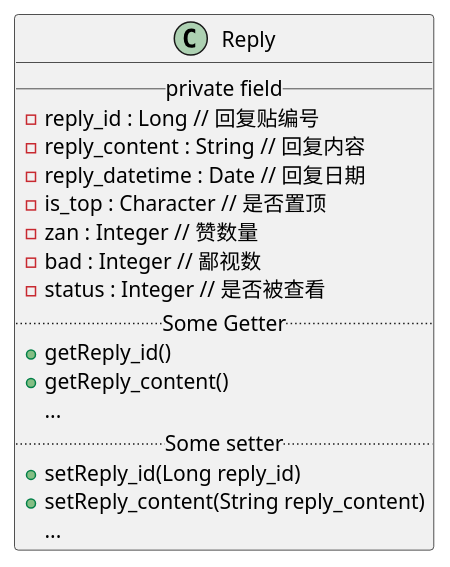
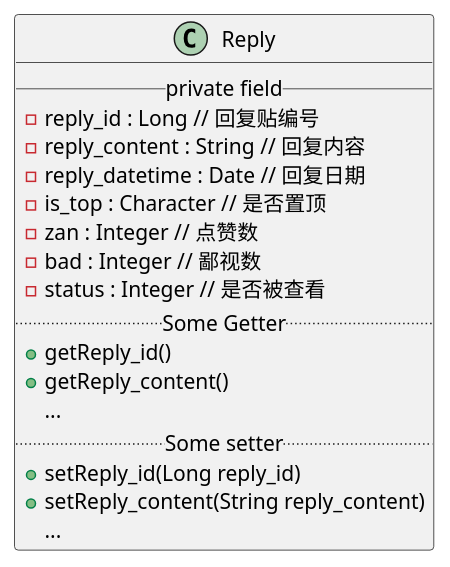
Diagram 21 of 29 in docs/UML/plantuml.md (xiaokangxxs/notebook), drawn with PlantUML before and after one commit. The commit also changed other lines of this file and 11 other files, not shown here.

Commit message:
update UML and add hadoop集群环境搭建 with md2all

````diff
--- a/docs/UML/plantuml.md
+++ b/docs/UML/plantuml.md
@@ -281,24 +415,24 @@
 ```plantuml
 @startuml
 
 class Reply {
 __ private field __
  -reply_id : Long // 回复贴编号
  -reply_content : String // 回复内容
  -reply_datetime : Date // 回复日期
  -is_top : Character // 是否置顶
- -zan : Integer // 赞数量
+ -zan : Integer // 点赞数
  -bad : Integer // 鄙视数
  -status : Integer // 是否被查看
 .. Some Getter ..
   + getReply_id()
   + getReply_content()
   ...
 .. Some setter ..
   + setReply_id(Long reply_id)
   + setReply_content(String reply_content)
   ...
 }
 
 @enduml
 ```
````
